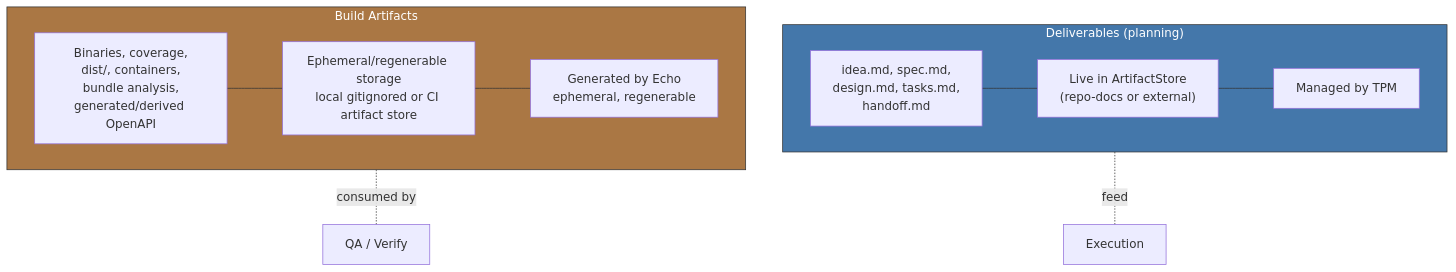
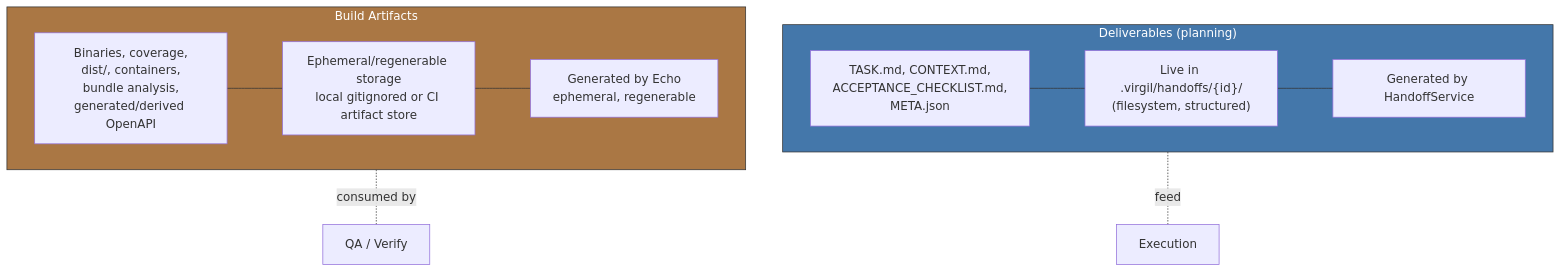
The diagram in docs/reference/principia/sections/11-deliverables-vs-artifacts.md (virgenherrera/virgil), drawn with Mermaid before and after one commit. The commit also changed other lines of this file and 31 other files, not shown here.

````diff
--- a/docs/reference/principia/sections/11-deliverables-vs-artifacts.md
+++ b/docs/reference/principia/sections/11-deliverables-vs-artifacts.md
@@ -34,23 +34,23 @@
 ```mermaid
 flowchart TD
     subgraph DELIVERABLES["Deliverables (planning)"]
-        PA["idea.md, spec.md,\ndesign.md, tasks.md,\nhandoff.md"]
-        PA_WHERE["Live in ArtifactStore\n(repo-docs or external)"]
-        PA_WHO["Managed by TPM"]
+        PA["TASK.md, CONTEXT.md,\nACCEPTANCE_CHECKLIST.md,\nMETA.json"]
+        PA_WHERE["Live in .virgil/handoffs/{id}/\n(filesystem, structured)"]
+        PA_WHO["Generated by HandoffService"]
     end
 
     subgraph BUILDART["Build Artifacts"]
         BA["Binaries, coverage,\ndist/, containers,\nbundle analysis,\ngenerated/derived OpenAPI"]
         BA_WHERE["Ephemeral/regenerable storage\nlocal gitignored or CI artifact store"]
         BA_WHO["Generated by Echo\nephemeral, regenerable"]
     end
 
     PA --- PA_WHERE --- PA_WHO
     BA --- BA_WHERE --- BA_WHO
 
     DELIVERABLES -.-|"feed"| EXECUTION["Execution"]
     BUILDART -.-|"consumed by"| QA["QA / Verify"]
 
     style DELIVERABLES fill:#47a,stroke:#333,color:#fff
     style BUILDART fill:#a74,stroke:#333,color:#fff
 ```
````
